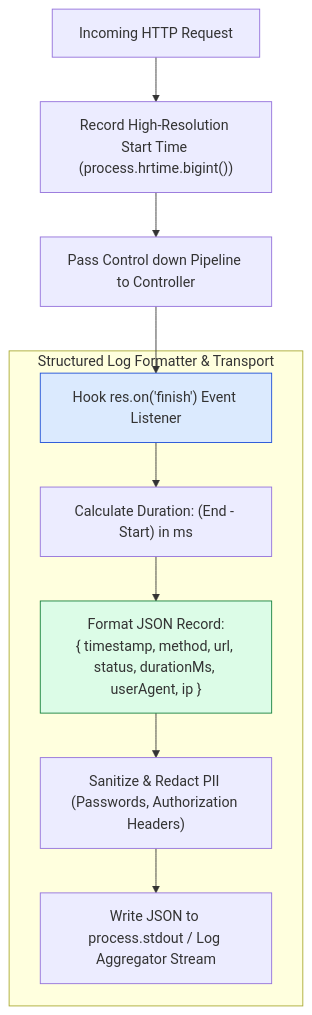
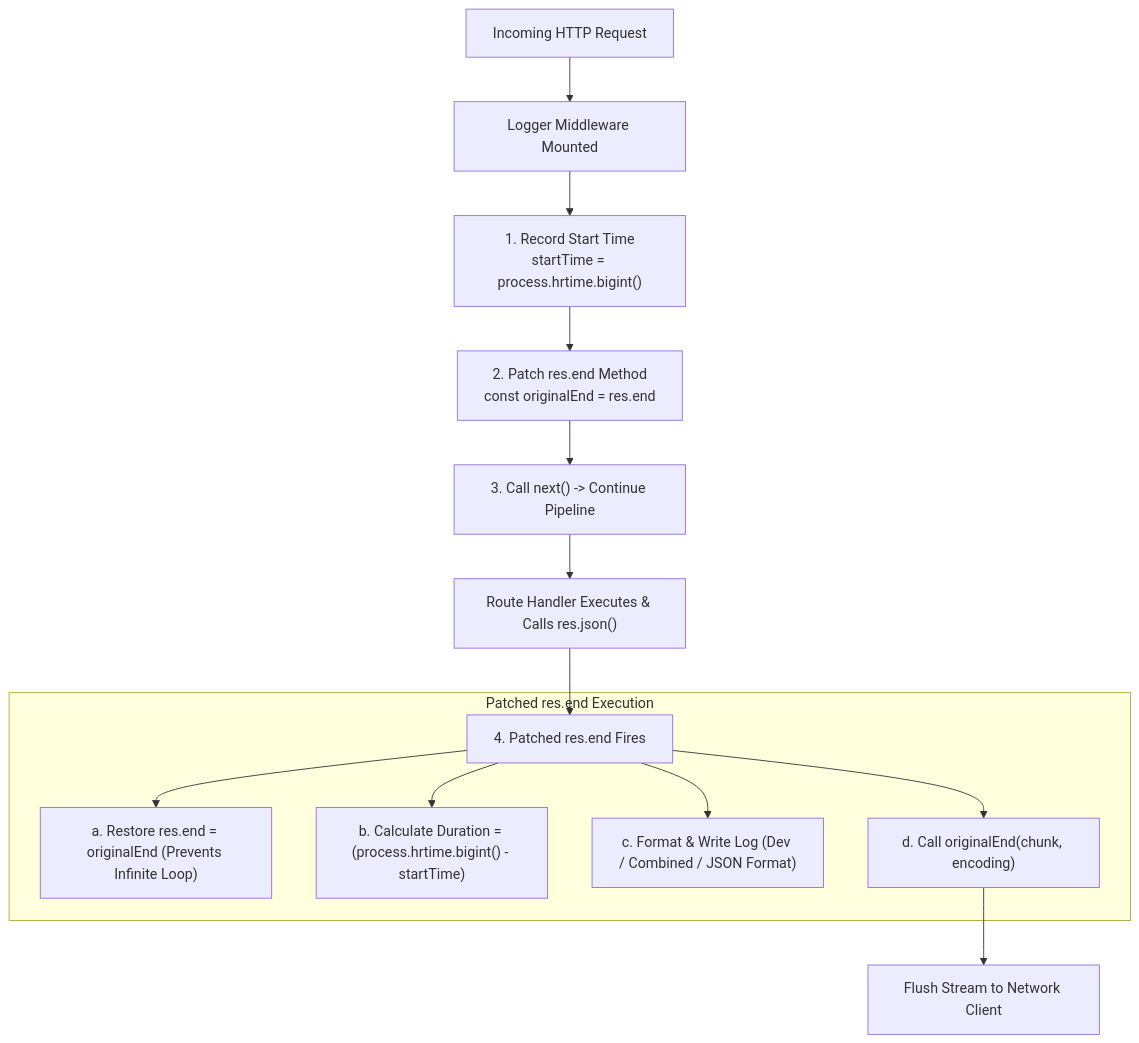
One commit to Amie-dev/engineering-playbook changed the diagram in express-notes/20-logging-middleware.md. Above: the diagram before and after it, drawn with Mermaid. The commit also changed other lines of this file and 26 other files, not shown here.

First line of the commit message:
Refactor middleware pipeline architecture and API gateway design for enhanced clarity and functionality

````diff
--- a/express-notes/20-logging-middleware.md
+++ b/express-notes/20-logging-middleware.md
@@ -13,17 +9,20 @@
 ```mermaid
 flowchart TD
-    ClientReq[Incoming HTTP Request] --> IngestTime["Record High-Resolution Start Time (process.hrtime.bigint())"]
-
-    IngestTime --> ExecRoute["Pass Control down Pipeline to Controller"]
-    ExecRoute --> FinishEvent["Hook res.on('finish') Event Listener"]
-
-    subgraph Structured Log Formatter & Transport
-        FinishEvent --> CalcDuration["Calculate Duration: (End - Start) in ms"]
-        CalcDuration --> FormatJSON["Format JSON Record:<br/>{ timestamp, method, url, status, durationMs, userAgent, ip }"]
-        FormatJSON --> PiiRedact["Sanitize & Redact PII (Passwords, Authorization Headers)"]
-        PiiRedact --> OutputStdout["Write JSON to process.stdout / Log Aggregator Stream"]
+    Req["Incoming HTTP Request"] --> MW["Logger Middleware Mounted"]
+    
+    MW --> RecordStart["1. Record Start Time<br/>startTime = process.hrtime.bigint()"]
+    RecordStart --> PatchEnd["2. Patch res.end Method<br/>const originalEnd = res.end"]
+    PatchEnd --> NextMW["3. Call next() -> Continue Pipeline"]
+    
+    NextMW --> RouteHandler["Route Handler Executes & Calls res.json()"]
+    RouteHandler --> PatchedEnd["4. Patched res.end Fires"]
+    
+    subgraph Patched res.end Execution
+        PatchedEnd --> RestoreEnd["a. Restore res.end = originalEnd (Prevents Infinite Loop)"]
+        PatchedEnd --> CalcTime["b. Calculate Duration = (process.hrtime.bigint() - startTime)"]
+        PatchedEnd --> FormatLog["c. Format & Write Log (Dev / Combined / JSON Format)"]
+        PatchedEnd --> OriginalEnd["d. Call originalEnd(chunk, encoding)"]
     end
-
-    style FinishEvent fill:#dbeafe,stroke:#1d4ed8
-    style FormatJSON fill:#dcfce7,stroke:#15803d
+    
+    OriginalEnd --> Client["Flush Stream to Network Client"]
 ```
````
